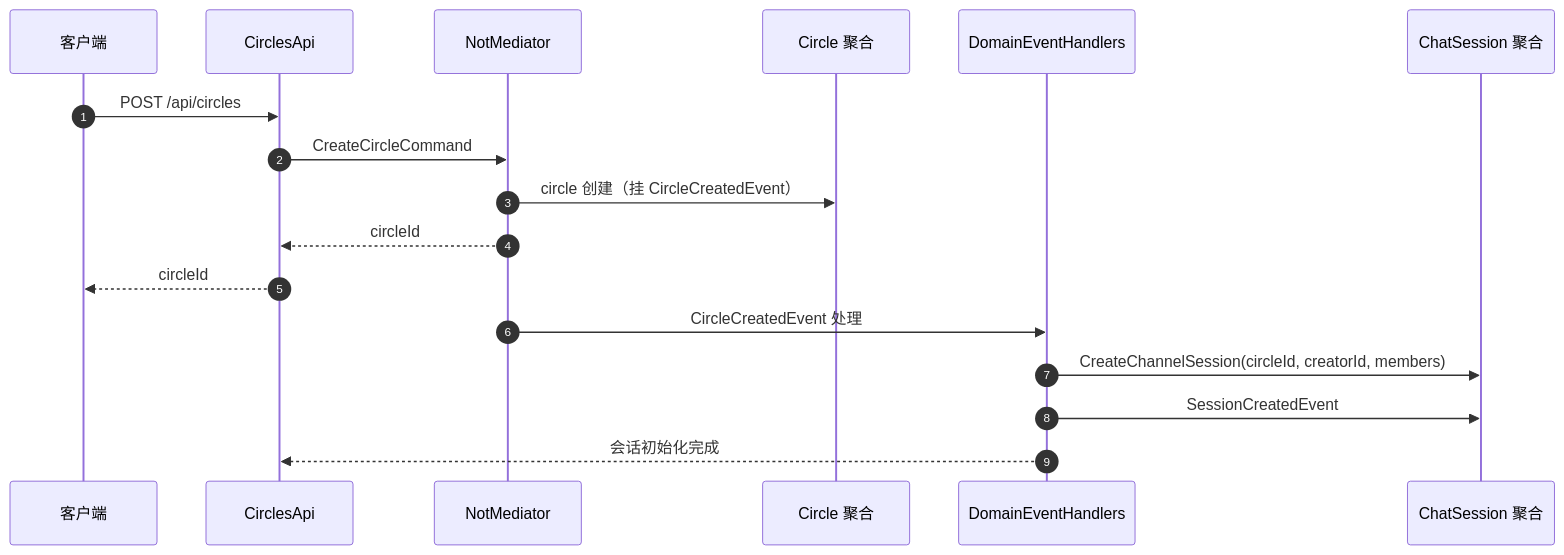
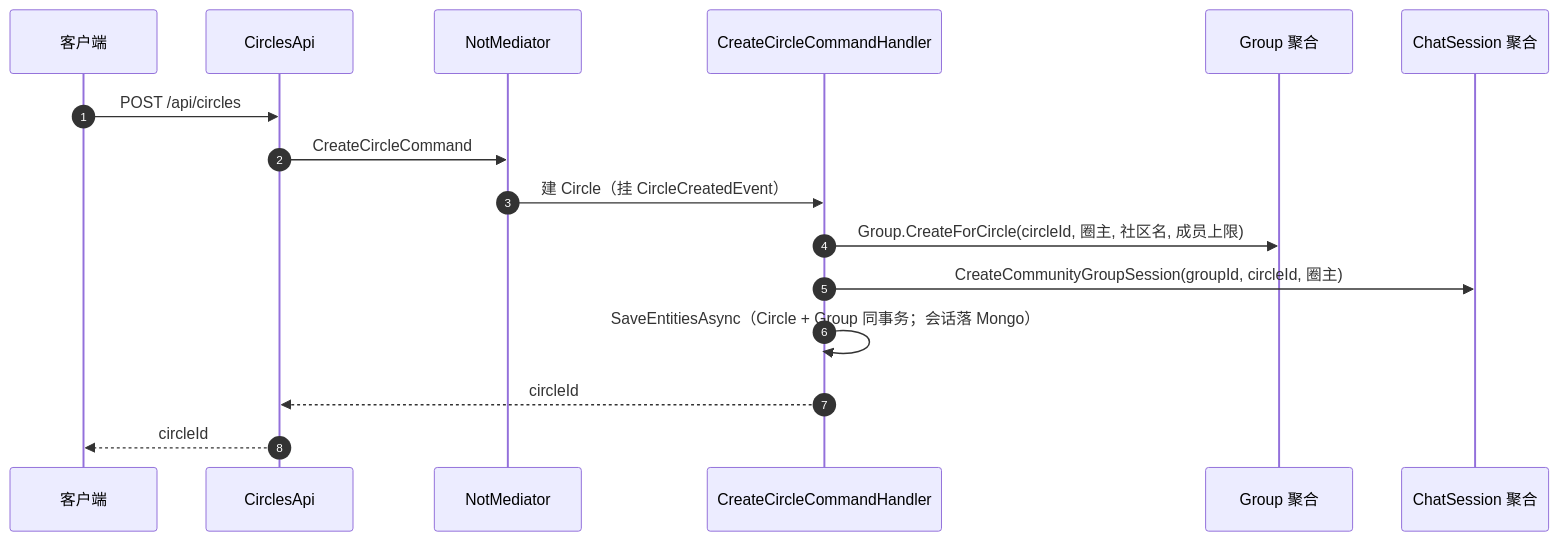
The third of 4 diagrams in docs/Message-开发文档.md (notcomd/NotBlog), drawn with Mermaid before and after one commit. The commit also changed other lines of this file and 355 other files, not shown here.

````diff
--- a/docs/Message-开发文档.md
+++ b/docs/Message-开发文档.md
@@ -215,20 +215,19 @@
 ```mermaid
 sequenceDiagram
     autonumber
     participant C as 客户端
     participant API as CirclesApi
     participant M as NotMediator
-    participant D as Circle 聚合
-    participant EH as DomainEventHandlers
+    participant CH as CreateCircleCommandHandler
+    participant G as Group 聚合
     participant S as ChatSession 聚合
 
     C->>API: POST /api/circles
     API->>M: CreateCircleCommand
-    M->>D: circle 创建（挂 CircleCreatedEvent）
-    M-->>API: circleId
+    M->>CH: 建 Circle（挂 CircleCreatedEvent）
+    CH->>G: Group.CreateForCircle(circleId, 圈主, 社区名, 成员上限)
+    CH->>S: CreateCommunityGroupSession(groupId, circleId, 圈主)
+    CH->>CH: SaveEntitiesAsync（Circle + Group 同事务；会话落 Mongo）
+    CH-->>API: circleId
     API-->>C: circleId
-    M->>EH: CircleCreatedEvent 处理
-    EH->>S: CreateChannelSession(circleId, creatorId, members)
-    EH->>S: SessionCreatedEvent
-    EH-->>API: 会话初始化完成
 ```
````
